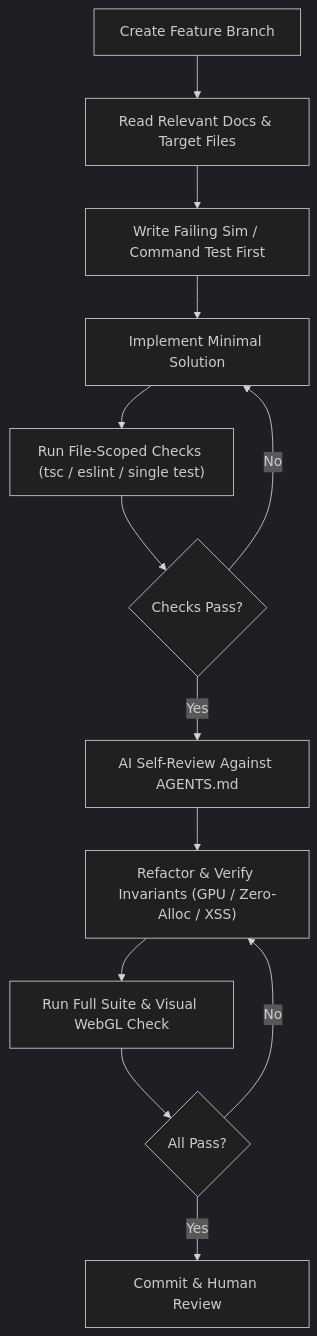
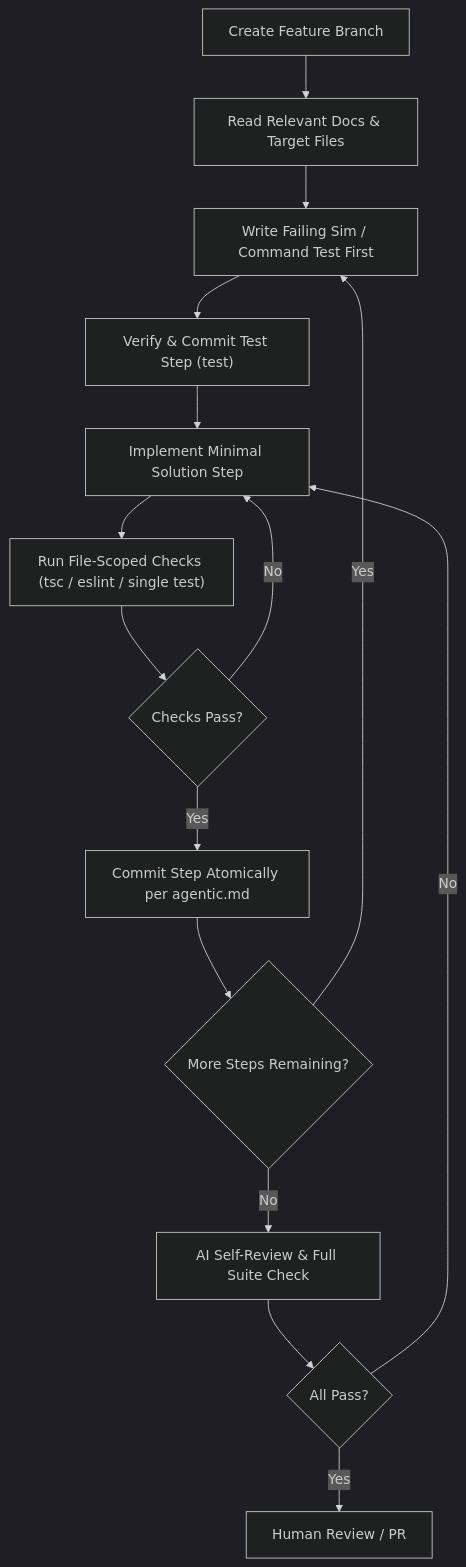
One commit to Llenoxinn/SheepSkates changed the diagram in docs/AGENTIC_WORKFLOWS.md. Above: the diagram before and after it, drawn with Mermaid (dark theme). The commit also changed other lines of this file and 2 other files, not shown here.

Commit message:
docs(docs): enforce agentic.md atomic commit rule across agent docs

````diff
--- a/docs/AGENTIC_WORKFLOWS.md
+++ b/docs/AGENTIC_WORKFLOWS.md
@@ -23,15 +25,17 @@
 ```mermaid
 flowchart TD
     A["Create Feature Branch"] --> B["Read Relevant Docs & Target Files"]
     B --> C["Write Failing Sim / Command Test First"]
-    C --> D["Implement Minimal Solution"]
-    D --> E["Run File-Scoped Checks (tsc / eslint / single test)"]
-    E --> F{"Checks Pass?"}
-    F -->|"No"| D
-    F -->|"Yes"| G["AI Self-Review Against AGENTS.md"]
-    G --> H["Refactor & Verify Invariants (GPU / Zero-Alloc / XSS)"]
-    H --> I["Run Full Suite & Visual WebGL Check"]
-    I --> J{"All Pass?"}
-    J -->|"No"| H
-    J -->|"Yes"| K["Commit & Human Review"]
+    C --> D["Verify & Commit Test Step (test)"]
+    D --> E["Implement Minimal Solution Step"]
+    E --> F["Run File-Scoped Checks (tsc / eslint / single test)"]
+    F --> G{"Checks Pass?"}
+    G -->|"No"| E
+    G -->|"Yes"| H["Commit Step Atomically per agentic.md"]
+    H --> I{"More Steps Remaining?"}
+    I -->|"Yes"| C
+    I -->|"No"| J["AI Self-Review & Full Suite Check"]
+    J --> K{"All Pass?"}
+    K -->|"No"| E
+    K -->|"Yes"| L["Human Review / PR"]
 ```
````
